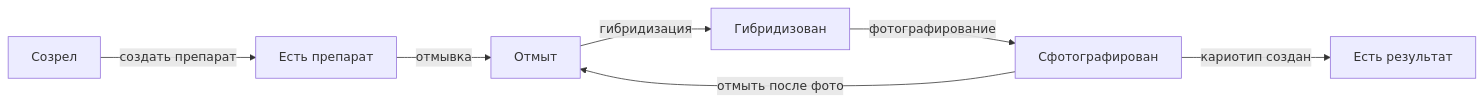
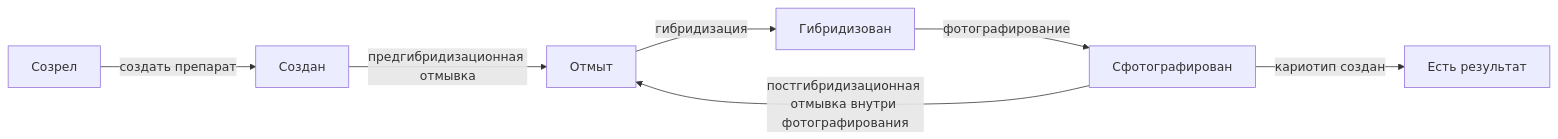
The diagram in docs/журнал/09_прогресс_и_поиск_висяков.md (Sycheslav/karyolab), drawn with Mermaid before and after one commit. The commit also changed other lines of this file and 85 other files, not shown here.

````diff
--- a/docs/журнал/09_прогресс_и_поиск_висяков.md
+++ b/docs/журнал/09_прогресс_и_поиск_висяков.md
@@ -24,16 +32,16 @@
 ```mermaid
 flowchart LR
     Mature["Созрел"]
-    Slide["Есть препарат"]
+    Slide["Создан"]
     Washed["Отмыт"]
     Hybridized["Гибридизован"]
     Photographed["Сфотографирован"]
     Result["Есть результат"]
 
     Mature -->|"создать препарат"| Slide
-    Slide -->|"отмывка"| Washed
+    Slide -->|"предгибридизационная отмывка"| Washed
     Washed -->|"гибридизация"| Hybridized
     Hybridized -->|"фотографирование"| Photographed
     Photographed -->|"кариотип создан"| Result
-    Photographed -->|"отмыть после фото"| Washed
+    Photographed -->|"постгибридизационная отмывка внутри фотографирования"| Washed
 ```
````
